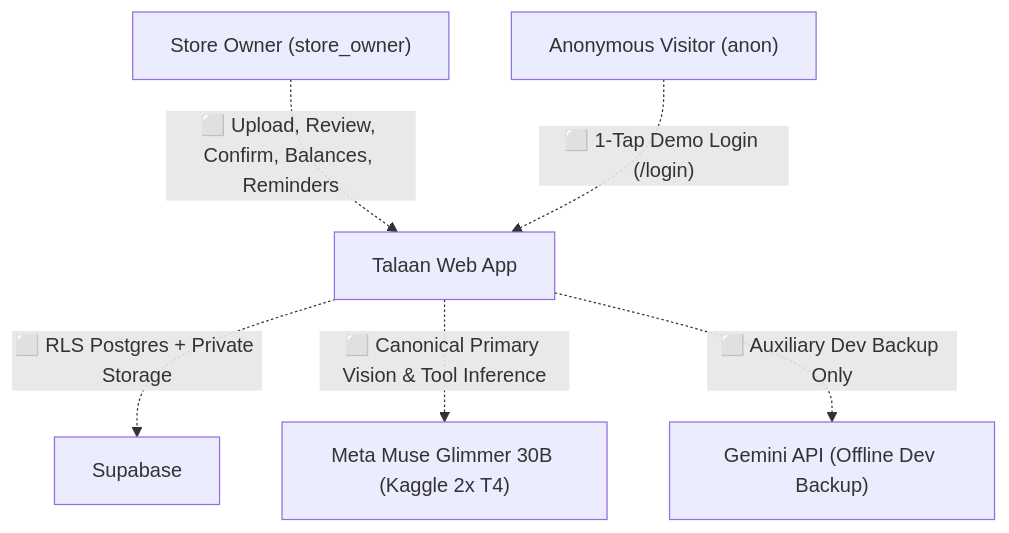
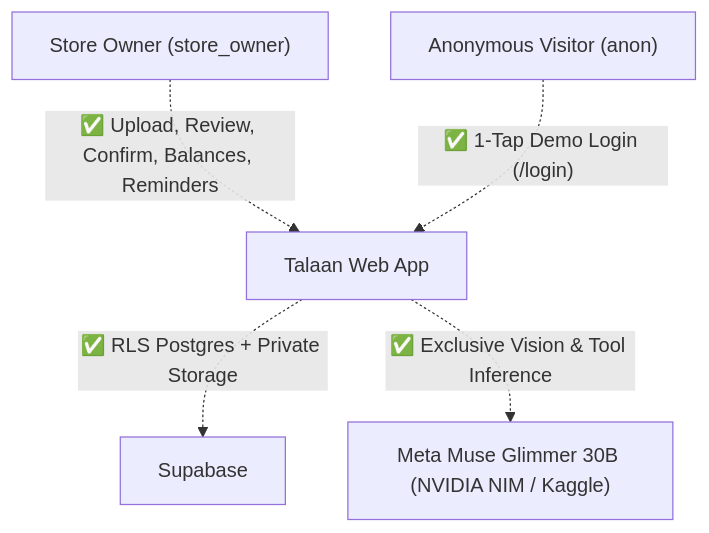
One commit to ejay-detera/talaan changed the fifth of 5 diagrams in docs/flow.md. Above: the diagram before and after it, drawn with Mermaid. The commit also changed other lines of this file and 30 other files, not shown here.

Commit message:
refactor: retire gemini fallback and standardize documentation for meta muse glimmer 30b

````diff
--- a/docs/flow.md
+++ b/docs/flow.md
@@ -162,8 +162,7 @@
 ```mermaid
 flowchart TB
-  U1["Store Owner (store_owner)"] -.->|"⬜ Upload, Review, Confirm, Balances, Reminders"| APP["Talaan Web App"]
-  U2["Anonymous Visitor (anon)"] -.->|"⬜ 1-Tap Demo Login (/login)"| APP
-  APP -.->|"⬜ RLS Postgres + Private Storage"| DB["Supabase"]
-  APP -.->|"⬜ Canonical Primary Vision & Tool Inference"| GLIM["Meta Muse Glimmer 30B (Kaggle 2x T4)"]
-  APP -.->|"⬜ Auxiliary Dev Backup Only"| GEM["Gemini API (Offline Dev Backup)"]
+  U1["Store Owner (store_owner)"] -.->|"✅ Upload, Review, Confirm, Balances, Reminders"| APP["Talaan Web App"]
+  U2["Anonymous Visitor (anon)"] -.->|"✅ 1-Tap Demo Login (/login)"| APP
+  APP -.->|"✅ RLS Postgres + Private Storage"| DB["Supabase"]
+  APP -.->|"✅ Exclusive Vision & Tool Inference"| GLIM["Meta Muse Glimmer 30B (NVIDIA NIM / Kaggle)"]
 ```
````
